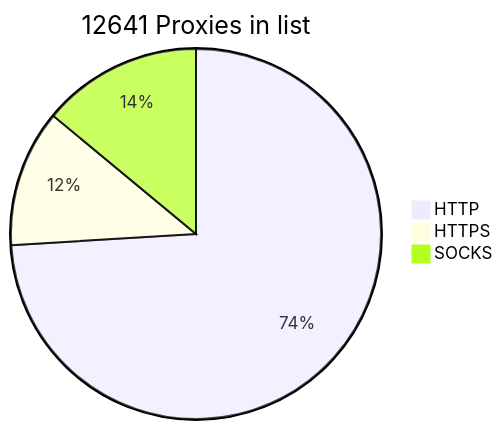
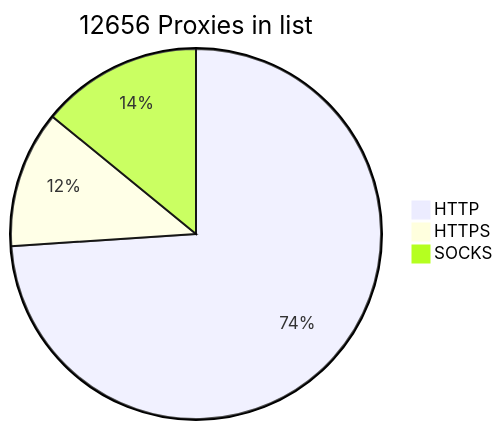
The diagram in README.md (BlackSnowDot/proxylist-update-every-minute), drawn with Mermaid before and after one commit.

````diff
--- a/README.md
+++ b/README.md
@@ -2,6 +2,6 @@
 ```mermaid
-pie title 12641 Proxies in list
+pie title 12656 Proxies in list
     "HTTP" : 9578
     "HTTPS": 1549
-    "SOCKS" : 1810
+    "SOCKS" : 1825
 ```
````
